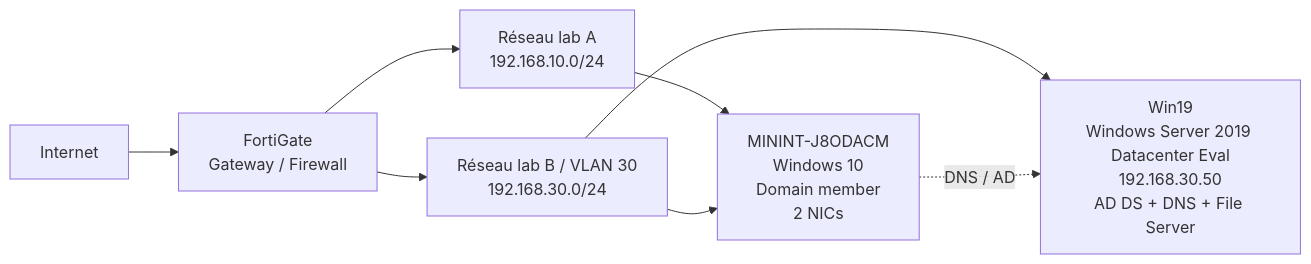
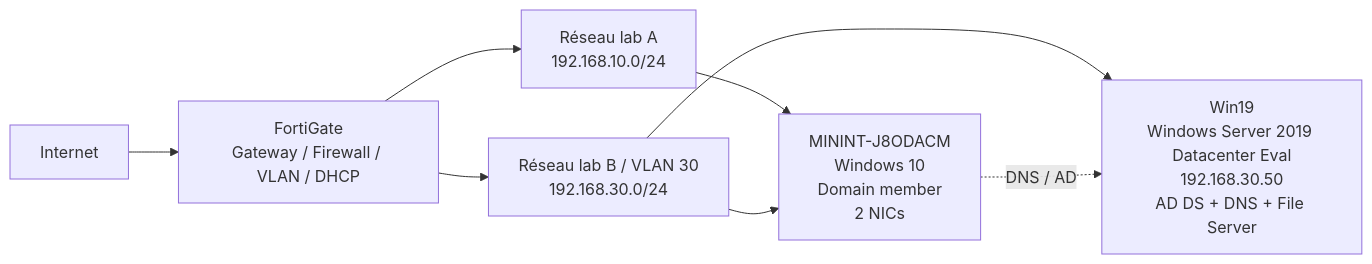
The diagram in projects/01-windows-server-ad/ARCHITECTURE.md (KenKaneki391/infrastructure-homelab-portfolio), drawn with Mermaid before and after one commit. The commit also changed other lines of this file, not shown here.

Commit message:
Document corrected VLAN30 DHCP design

````diff
--- a/projects/01-windows-server-ad/ARCHITECTURE.md
+++ b/projects/01-windows-server-ad/ARCHITECTURE.md
@@ -7,17 +7,17 @@
 ```mermaid
 flowchart LR
     INTERNET[Internet]
-    FG[FortiGate\nGateway / Firewall]
+    FG[FortiGate\nGateway / Firewall / VLAN / DHCP]
     NET10[Réseau lab A\n192.168.10.0/24]
     NET30[Réseau lab B / VLAN 30\n192.168.30.0/24]
     DC[Win19\nWindows Server 2019 Datacenter Eval\n192.168.30.50\nAD DS + DNS + File Server]
     PC[MININT-J8ODACM\nWindows 10\nDomain member\n2 NICs]
 
     INTERNET --> FG
     FG --> NET10
     FG --> NET30
     NET30 --> DC
     NET10 --> PC
     NET30 --> PC
     PC -. DNS / AD .-> DC
 ```
````
